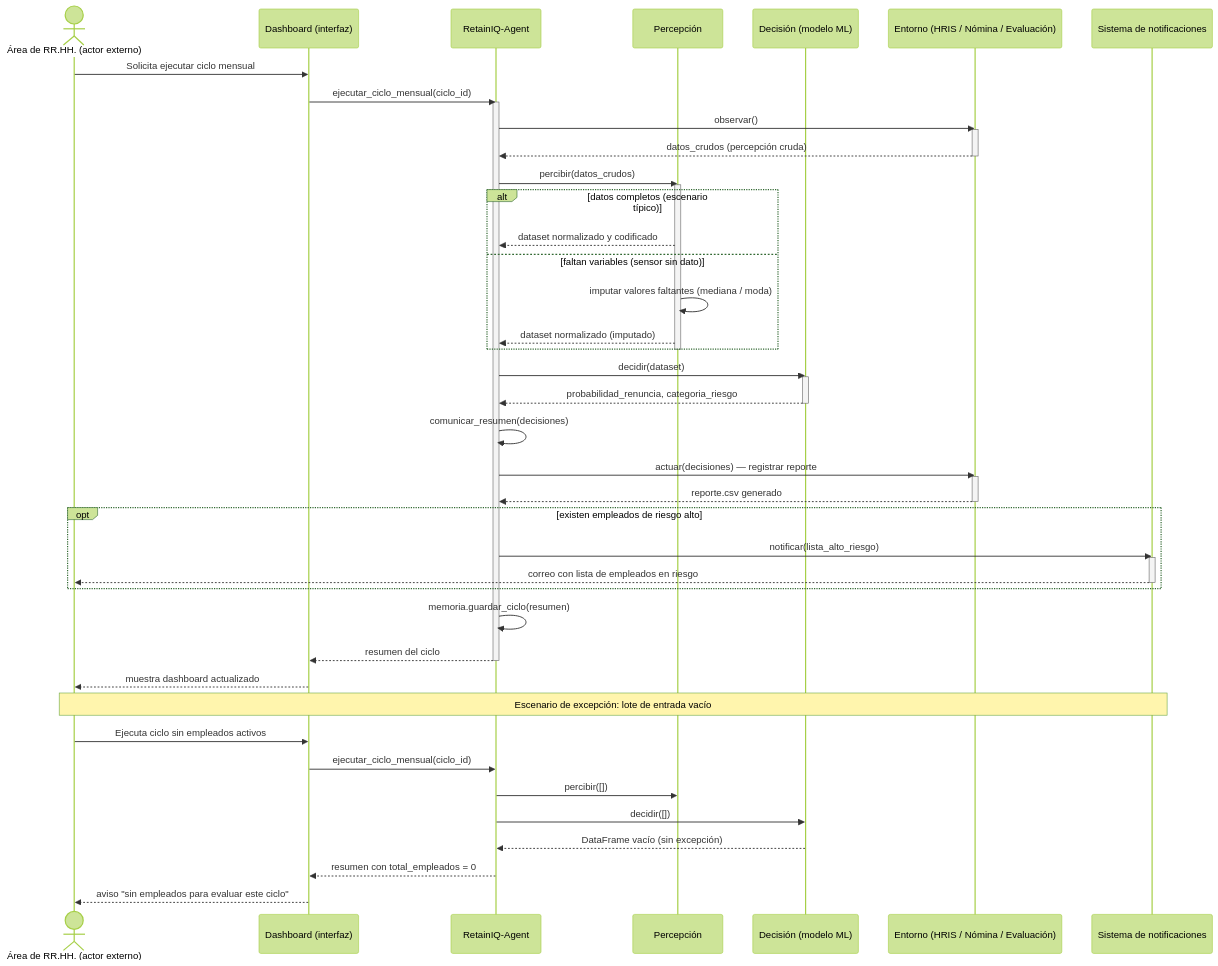
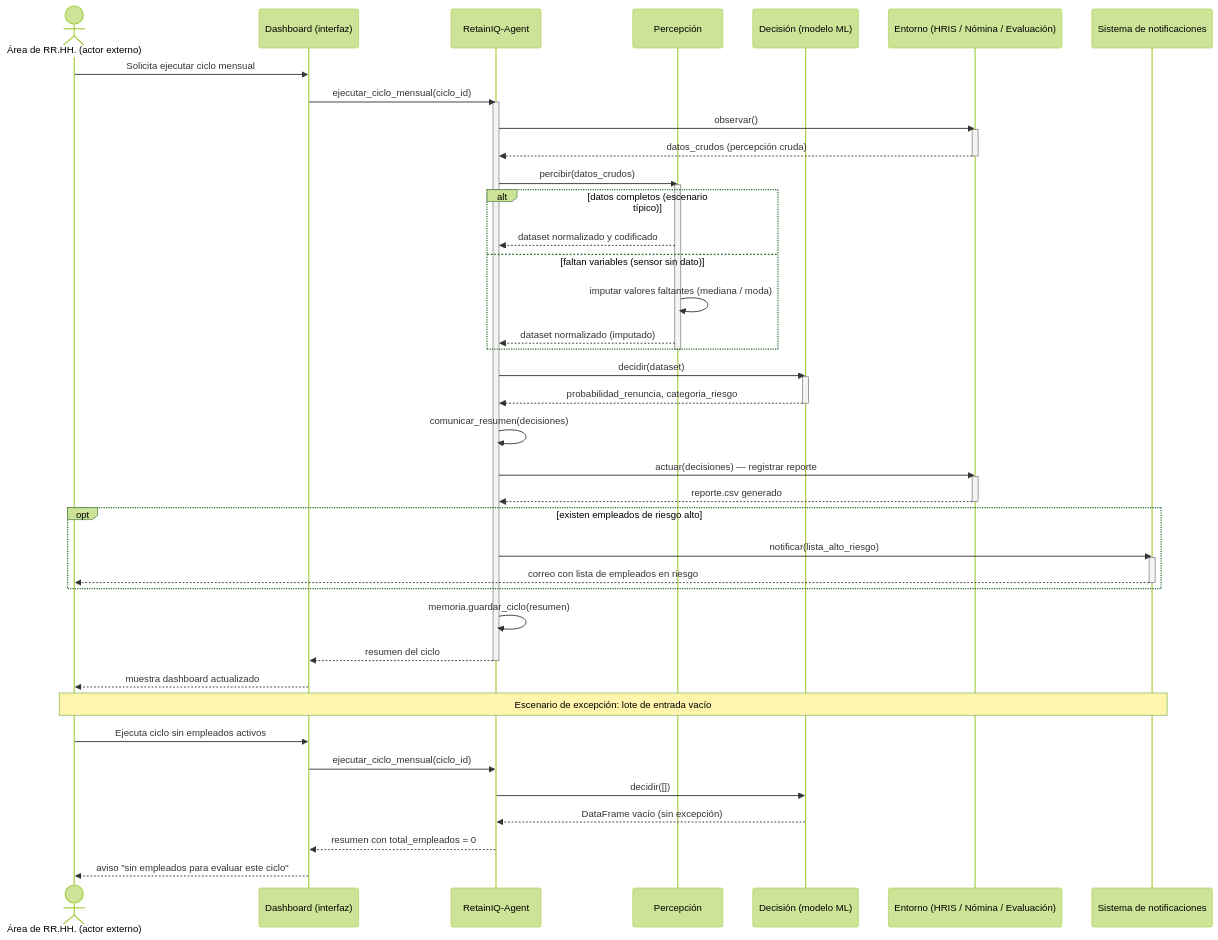
The diagram in diagrama_secuencia.mmd (Davidpel31/Retainiq_agent), drawn with Mermaid (forest theme) before and after one commit.

```diff
--- a/diagrama_secuencia.mmd
+++ b/diagrama_secuencia.mmd
@@ -1,60 +1,59 @@
 sequenceDiagram
     actor RH as Área de RR.HH. (actor externo)
     participant UI as Dashboard (interfaz)
     participant AG as RetainIQ-Agent
     participant PER as Percepción
     participant DEC as Decisión (modelo ML)
     participant ENT as Entorno (HRIS / Nómina / Evaluación)
     participant NOT as Sistema de notificaciones
 
     RH->>UI: Solicita ejecutar ciclo mensual
     UI->>AG: ejecutar_ciclo_mensual(ciclo_id)
     activate AG
 
     AG->>ENT: observar()
     activate ENT
     ENT-->>AG: datos_crudos (percepción cruda)
     deactivate ENT
 
     AG->>PER: percibir(datos_crudos)
     activate PER
     alt datos completos (escenario típico)
         PER-->>AG: dataset normalizado y codificado
     else faltan variables (sensor sin dato)
         PER->>PER: imputar valores faltantes (mediana / moda)
         PER-->>AG: dataset normalizado (imputado)
     end
     deactivate PER
 
     AG->>DEC: decidir(dataset)
     activate DEC
     DEC-->>AG: probabilidad_renuncia, categoria_riesgo
     deactivate DEC
 
     AG->>AG: comunicar_resumen(decisiones)
 
     AG->>ENT: actuar(decisiones) — registrar reporte
     activate ENT
     ENT-->>AG: reporte.csv generado
     deactivate ENT
 
     opt existen empleados de riesgo alto
         AG->>NOT: notificar(lista_alto_riesgo)
         activate NOT
         NOT-->>RH: correo con lista de empleados en riesgo
         deactivate NOT
     end
 
     AG->>AG: memoria.guardar_ciclo(resumen)
     AG-->>UI: resumen del ciclo
     deactivate AG
     UI-->>RH: muestra dashboard actualizado
 
     Note over RH,NOT: Escenario de excepción: lote de entrada vacío
     RH->>UI: Ejecuta ciclo sin empleados activos
     UI->>AG: ejecutar_ciclo_mensual(ciclo_id)
-    AG->>PER: percibir([])
     AG->>DEC: decidir([])
     DEC-->>AG: DataFrame vacío (sin excepción)
     AG-->>UI: resumen con total_empleados = 0
     UI-->>RH: aviso "sin empleados para evaluar este ciclo"
```
